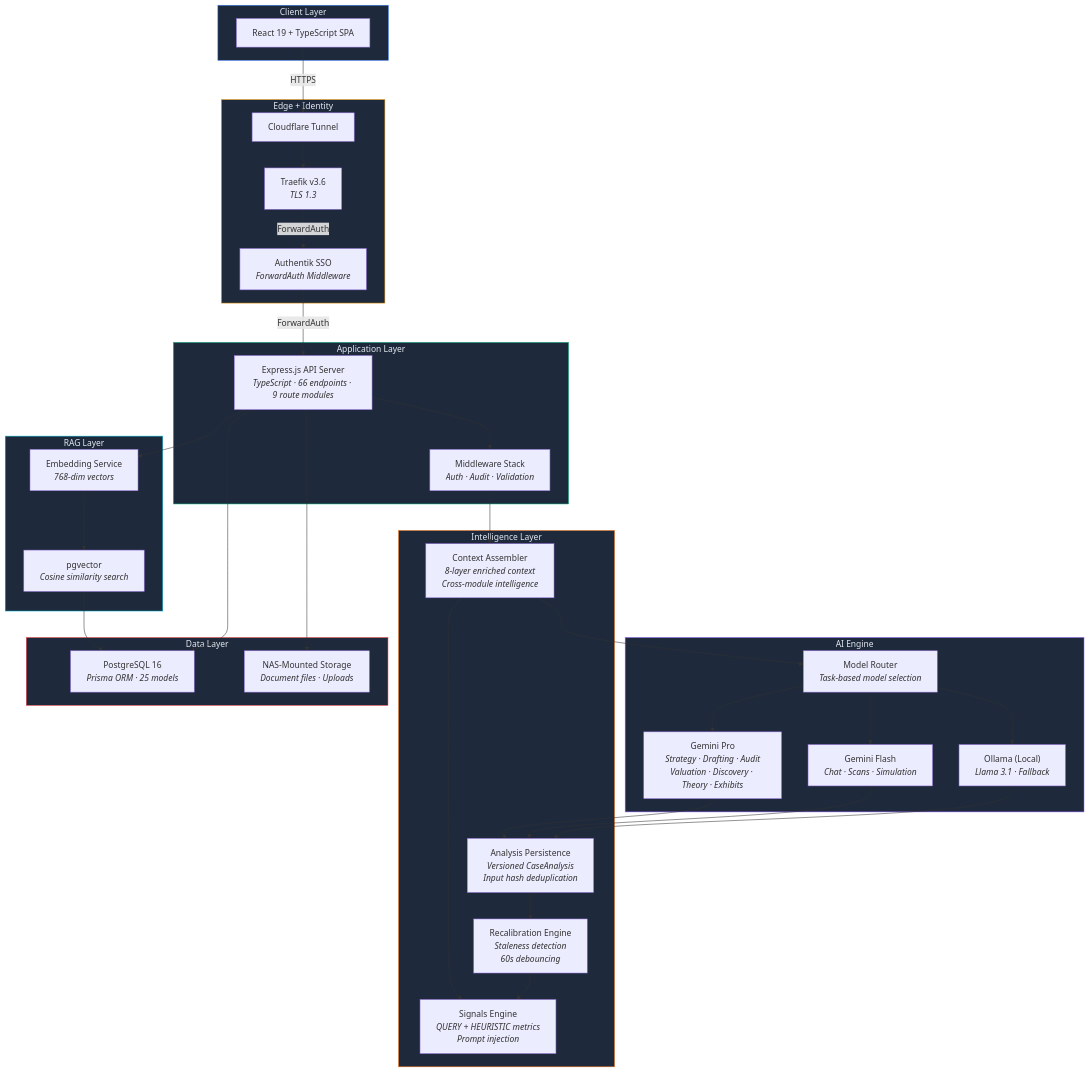
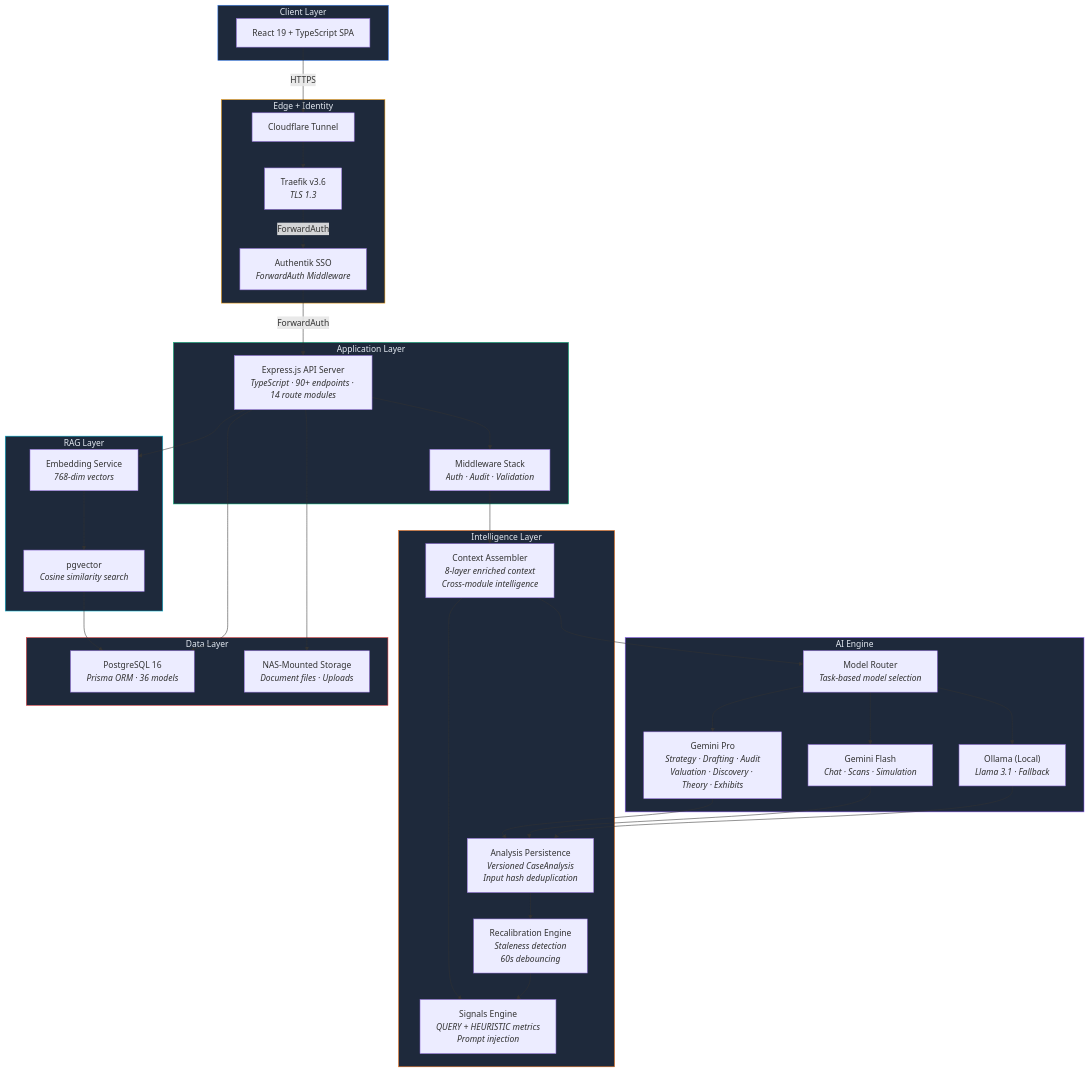
Before and after one commit to EolaFam1828/AetherLegalIntelligence: the first of 13 diagrams in ARCHITECTURE.md, drawn with Mermaid. The commit also changed other lines of this file and 3 other files, not shown here.

````diff
--- a/ARCHITECTURE.md
+++ b/ARCHITECTURE.md
@@ -33,64 +33,64 @@
 ```mermaid
 flowchart TB
     subgraph CLIENT["Client Layer"]
         UI["React 19 + TypeScript SPA"]
     end
 
     subgraph EDGE["Edge + Identity"]
         CF["Cloudflare Tunnel"]
         TR["Traefik v3.6<br/><i>TLS 1.3</i>"]
         AK["Authentik SSO<br/><i>ForwardAuth Middleware</i>"]
     end
 
     subgraph API["Application Layer"]
-        EX["Express.js API Server<br/><i>TypeScript · 66 endpoints · 9 route modules</i>"]
+        EX["Express.js API Server<br/><i>TypeScript · 90+ endpoints · 14 route modules</i>"]
         MW["Middleware Stack<br/><i>Auth · Audit · Validation</i>"]
     end
 
     subgraph AI["AI Engine"]
         RT["Model Router<br/><i>Task-based model selection</i>"]
         G3P["Gemini Pro<br/><i>Strategy · Drafting · Audit<br/>Valuation · Discovery · Theory · Exhibits</i>"]
         G3F["Gemini Flash<br/><i>Chat · Scans · Simulation</i>"]
         OL["Ollama (Local)<br/><i>Llama 3.1 · Fallback</i>"]
     end
 
     subgraph INTEL["Intelligence Layer"]
         CTX["Context Assembler<br/><i>8-layer enriched context<br/>Cross-module intelligence</i>"]
         SIG["Signals Engine<br/><i>QUERY + HEURISTIC metrics<br/>Prompt injection</i>"]
         PERSIST["Analysis Persistence<br/><i>Versioned CaseAnalysis<br/>Input hash deduplication</i>"]
         RECAL["Recalibration Engine<br/><i>Staleness detection<br/>60s debouncing</i>"]
     end
 
     subgraph VECTOR["RAG Layer"]
         EMB["Embedding Service<br/><i>768-dim vectors</i>"]
         PGV["pgvector<br/><i>Cosine similarity search</i>"]
     end
 
     subgraph DATA["Data Layer"]
-        PG["PostgreSQL 16<br/><i>Prisma ORM · 25 models</i>"]
+        PG["PostgreSQL 16<br/><i>Prisma ORM · 36 models</i>"]
         FS["NAS-Mounted Storage<br/><i>Document files · Uploads</i>"]
     end
 
     UI -->|HTTPS| CF
     CF --> TR
     TR -->|ForwardAuth| AK
     AK -->|ForwardAuth| EX
     EX --> MW --> CTX
     CTX --> SIG
     CTX --> RT
     RT --> G3P & G3F & OL
     G3P & G3F & OL --> PERSIST
     PERSIST --> RECAL
     EX --> EMB --> PGV
     PGV --> PG
     EX --> PG & FS
     RECAL --> SIG
 
     style CLIENT fill:#1e293b,stroke:#3b82f6,color:#e2e8f0
     style EDGE fill:#1e293b,stroke:#f59e0b,color:#e2e8f0
     style API fill:#1e293b,stroke:#10b981,color:#e2e8f0
     style AI fill:#1e293b,stroke:#8b5cf6,color:#e2e8f0
     style INTEL fill:#1e293b,stroke:#f97316,color:#e2e8f0
     style VECTOR fill:#1e293b,stroke:#06b6d4,color:#e2e8f0
     style DATA fill:#1e293b,stroke:#ef4444,color:#e2e8f0
 ```
````
